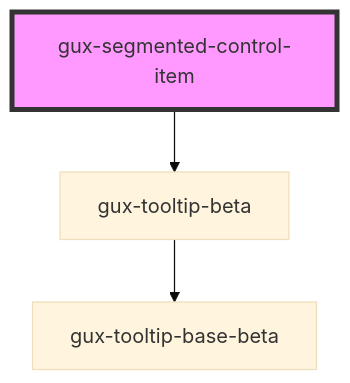
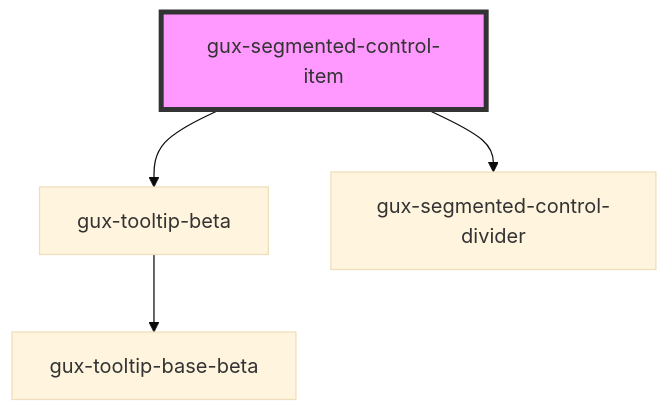
One commit to MyPureCloud/genesys-spark changed the diagram in packages/genesys-spark-components/src/components/beta/gux-segmented-control/gux-segmented-control-item/readme.md. Above: the diagram before and after it, drawn with Mermaid (base theme). The commit also changed other lines of this file and 9 other files, not shown here.

Commit message:
chore(segmented-control-divider): add divider component

````diff
--- a/packages/genesys-spark-components/src/components/beta/gux-segmented-control/gux-segmented-control-item/readme.md
+++ b/packages/genesys-spark-components/src/components/beta/gux-segmented-control/gux-segmented-control-item/readme.md
@@ -31,6 +32,7 @@
 ```mermaid
 graph TD;
   gux-segmented-control-item --> gux-tooltip-beta
+  gux-segmented-control-item --> gux-segmented-control-divider
   gux-tooltip-beta --> gux-tooltip-base-beta
   style gux-segmented-control-item fill:#f9f,stroke:#333,stroke-width:4px
 ```
````
